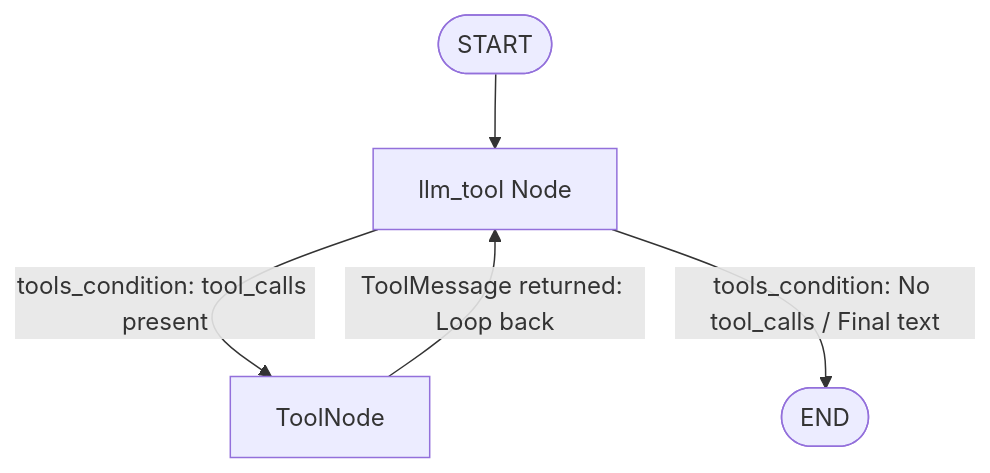
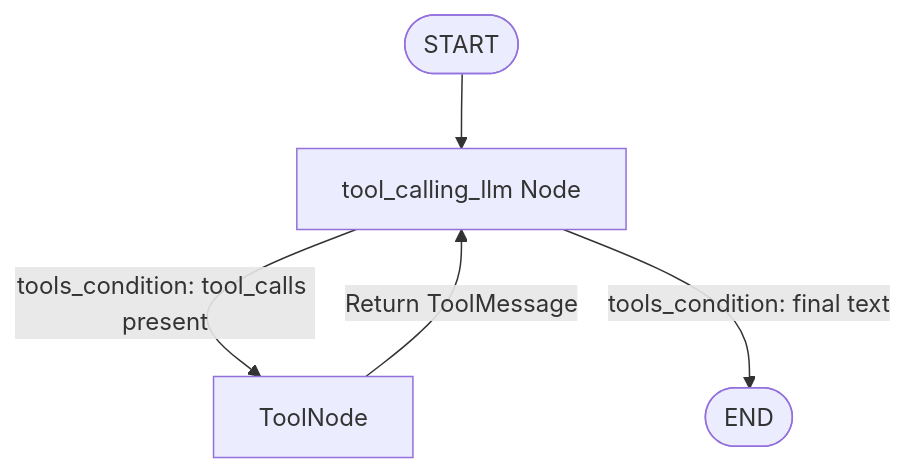
One commit to Shivanshvyas1729/Krish_naik_rag_notes2 changed the third of 7 diagrams in notes.md. Above: the diagram before and after it, drawn with Mermaid. The commit also changed other lines of this file and 7 other files, not shown here.

````diff
--- a/notes.md
+++ b/notes.md
@@ -292,7 +378,7 @@
 ```mermaid
 graph TD
-    START([START]) --> llm_tool[llm_tool Node]
-    llm_tool -->|tools_condition: tool_calls present| tools[ToolNode]
-    tools -->|ToolMessage returned: Loop back| llm_tool
-    llm_tool -->|tools_condition: No tool_calls / Final text| END([END])
+    START([START]) --> tool_calling_llm[tool_calling_llm Node]
+    tool_calling_llm -->|tools_condition: tool_calls present| tools[ToolNode]
+    tools -->|Return ToolMessage| tool_calling_llm
+    tool_calling_llm -->|tools_condition: final text| END([END])
 ```
````
